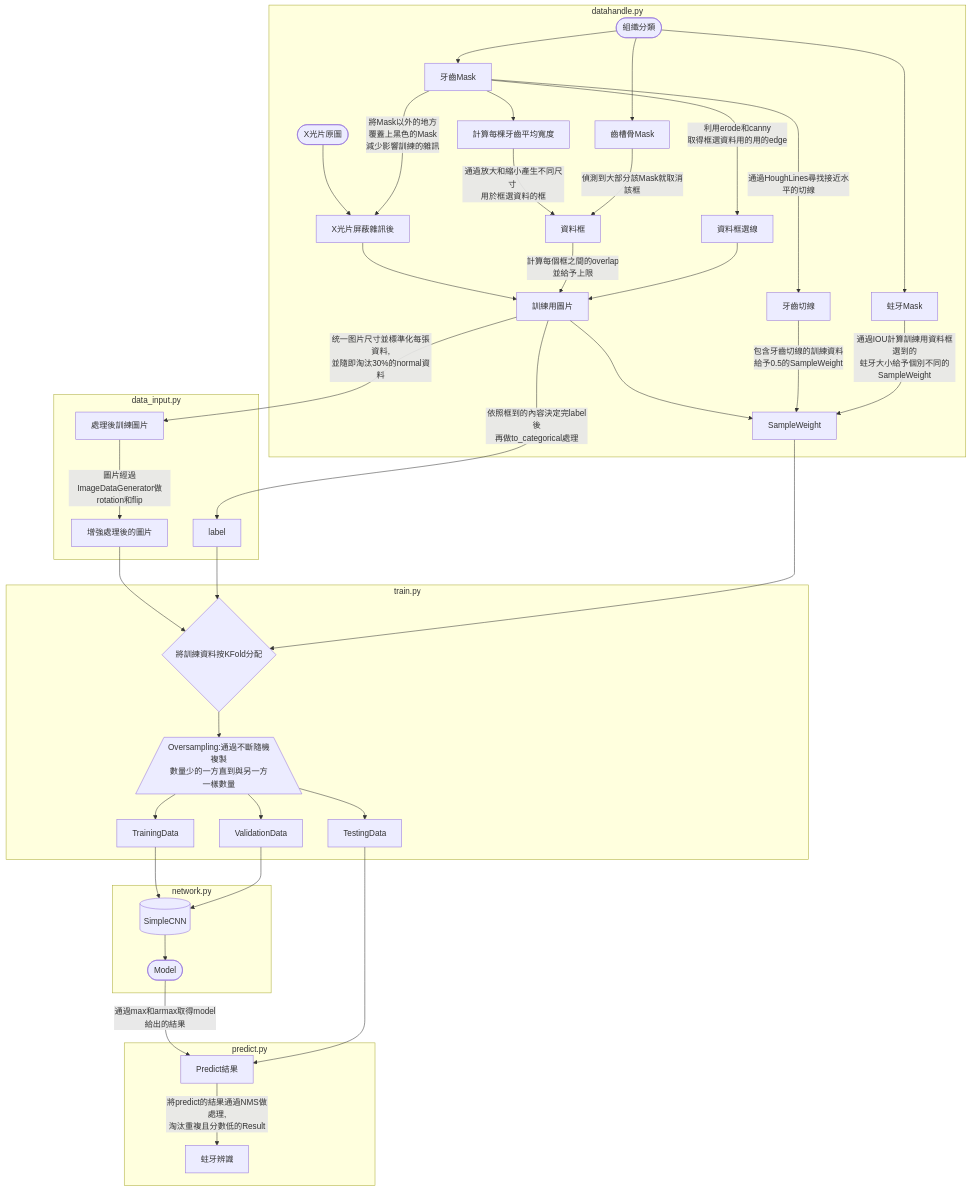
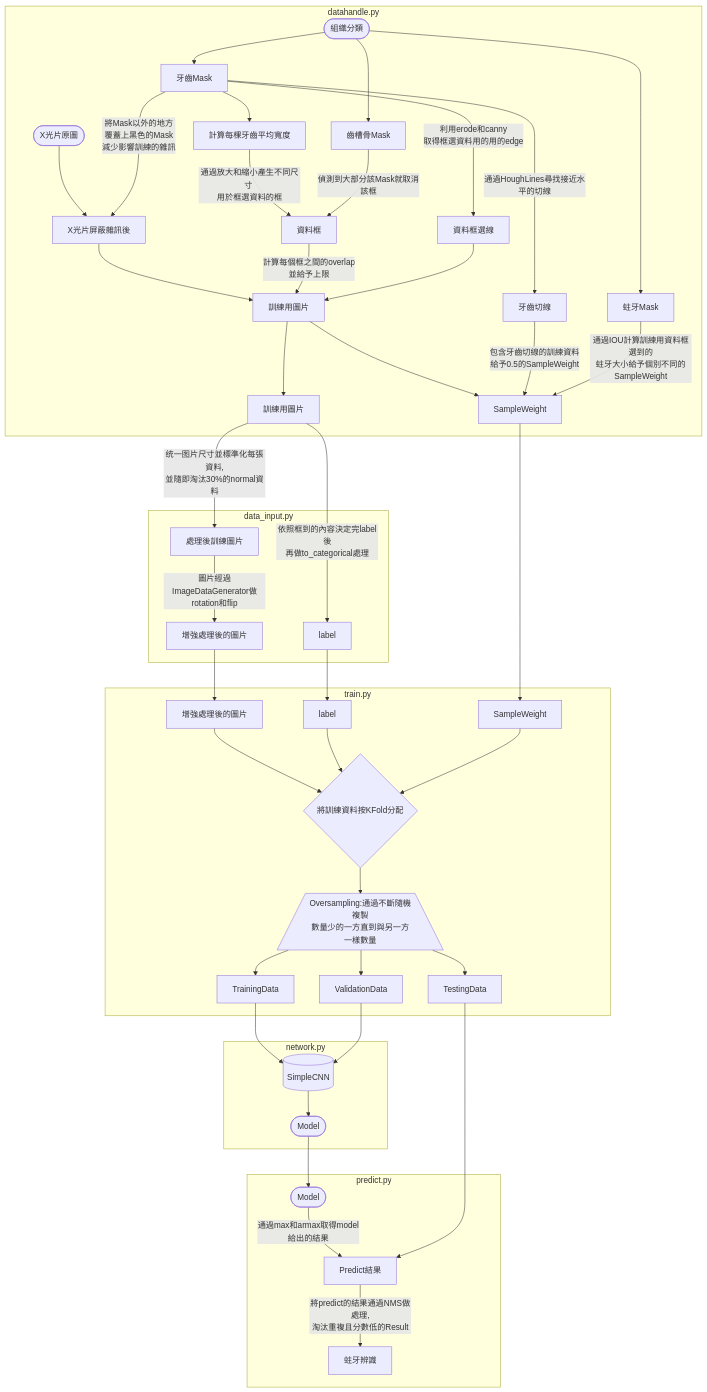
One commit to JasonYeongg/CariesDetection changed the diagram in Edge Frame Detection/README.md. Above: the diagram before and after it, drawn with Mermaid.

````diff
--- a/Edge Frame Detection/README.md
+++ b/Edge Frame Detection/README.md
@@ -63,45 +63,50 @@
 ```mermaid
 flowchart TD
 subgraph datahandle.py
 A([X光片原圖]) --> F[X光片屏蔽雜訊後]
 B([組織分類]) --> C[牙齒Mask]
 B --> D[蛀牙Mask]
 B --> E[齒槽骨Mask]
 C --> G[計算每棵牙齒平均寬度]
 C -->|將Mask以外的地方 \n覆蓋上黑色的Mask \n減少影響訓練的雜訊| F
 C -->|利用erode和canny \n取得框選資料用的用的edge| H[資料框選線]
 G -->|通過放大和縮小產生不同尺寸 \n用於框選資料的框| I[資料框]
 E -->|偵測到大部分該Mask就取消該框| I
 F --> J[訓練用圖片]
 I -->|計算每個框之間的overlap\n並給予上限| J
 H --> J
 C -->|通過HoughLines尋找接近水平的切線| K[牙齒切線]
 J --> L[SampleWeight]
 K -->|包含牙齒切線的訓練資料\n給予0.5的SampleWeight| L
 D -->|通過IOU計算訓練用資料框選到的\n蛀牙大小給予個別不同的SampleWeight| L
+J --> J1[訓練用圖片]
 end
 subgraph data_input.py
-J -->|统一图片尺寸並標準化每張資料,\n並隨即淘汰30%的normal資料| M[處理後訓練圖片]
-J -->|依照框到的內容決定完label後\n再做to_categorical處理| N[label]
+J1 -->|统一图片尺寸並標準化每張資料,\n並隨即淘汰30%的normal資料| M[處理後訓練圖片]
+J1 -->|依照框到的內容決定完label後\n再做to_categorical處理| N[label]
 M -->|圖片經過ImageDataGenerator做rotation和flip| O[增強處理後的圖片]
 end
 subgraph train.py
-O --> P{將訓練資料按KFold分配}
-N --> P
-L --> P
+O --> O1[增強處理後的圖片]
+N --> N1[label]
+L --> L1[SampleWeight]
+O1 --> P{將訓練資料按KFold分配}
+N1 --> P
+L1 --> P
 P --> Q[/Oversampling:通過不斷隨機複製\n數量少的一方直到與另一方一樣數量\]
 Q --> Q1[TrainingData]
 Q --> Q2[ValidationData]
 Q --> Q3[TestingData]
 end
 subgraph network.py
 Q1 --> R[(SimpleCNN)]
 Q2 --> R[(SimpleCNN)]
 R --> S([Model])
 end
 subgraph predict.py
-S --> |通過max和armax取得model給出的結果| SA[Predict結果]
+S --> S1([Model])
+S1 --> |通過max和armax取得model給出的結果| SA[Predict結果]
 Q3 --> SA
 SA --> |將predict的結果通過NMS做處理,\n淘汰重複且分數低的Result| SR[蛀牙辨識]
 end
 ```
````
